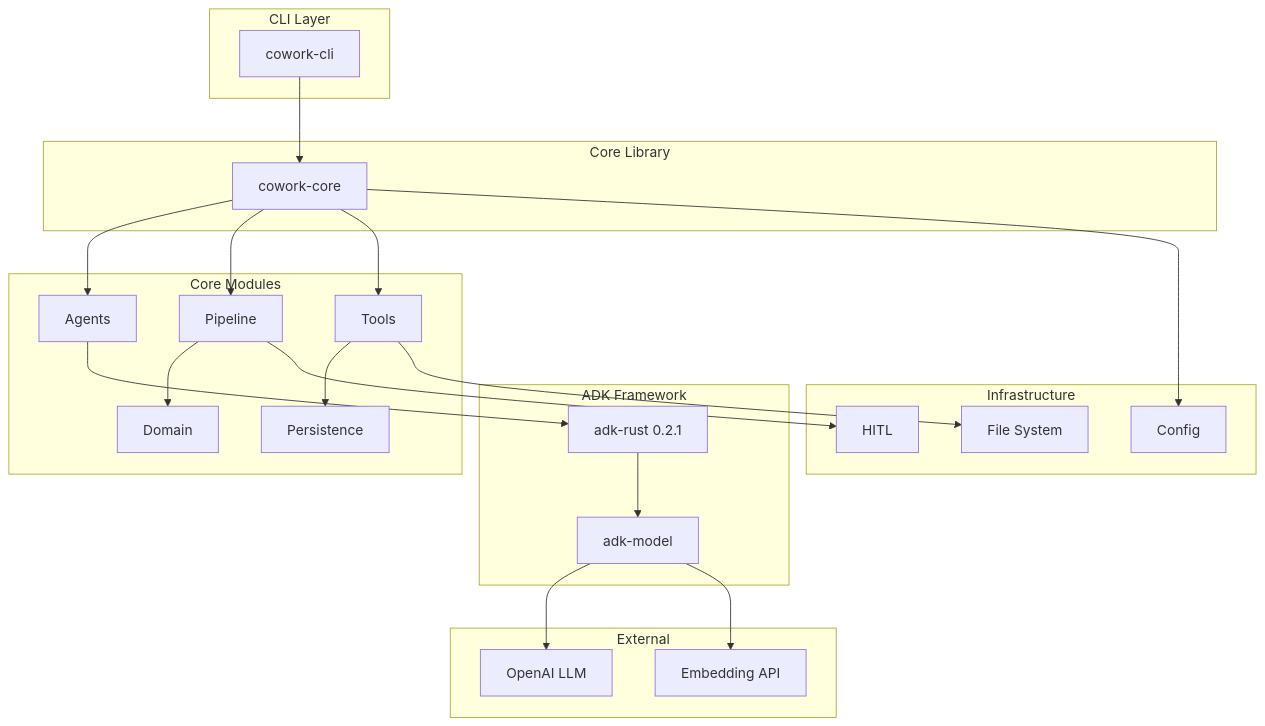
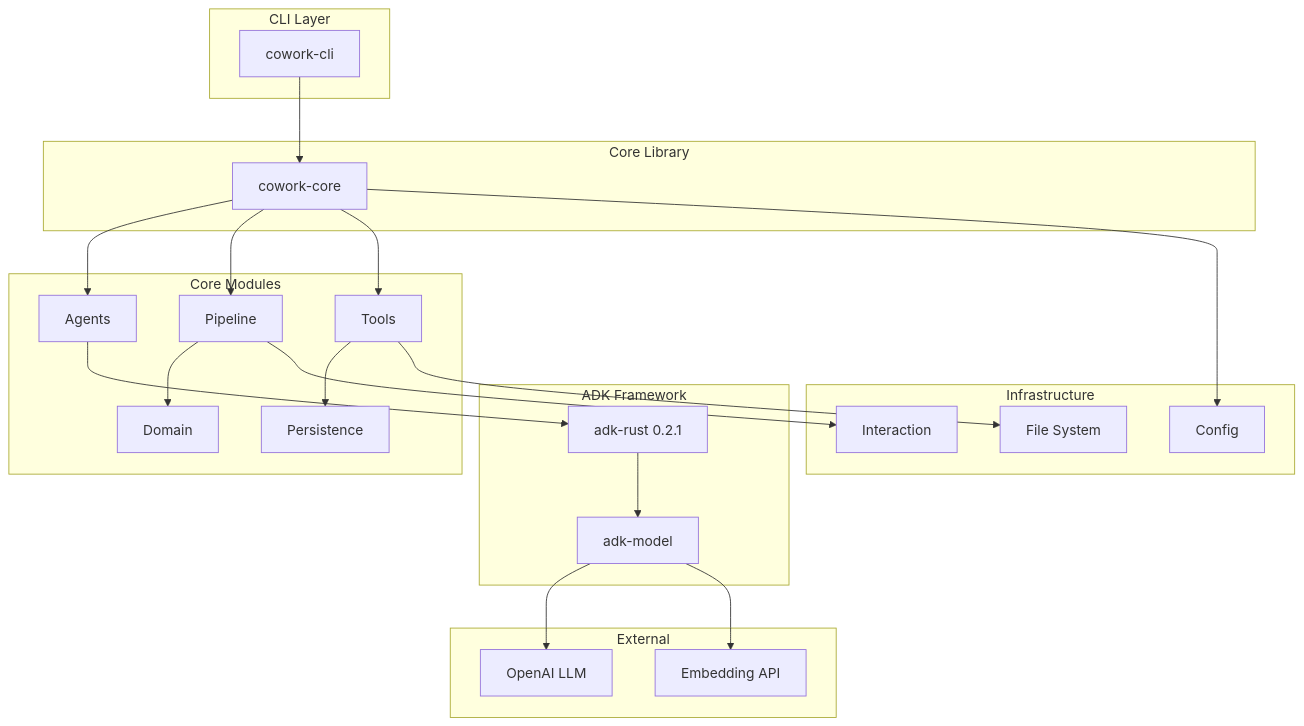
One commit to sopaco/cowork-forge changed the first of 3 diagrams in README.md. Above: the diagram before and after it, drawn with Mermaid. The commit also changed other lines of this file and 5 other files, not shown here.

````diff
--- a/README.md
+++ b/README.md
@@ -161,51 +161,51 @@
 ```mermaid
 graph TB
     subgraph "CLI Layer"
         CLI[cowork-cli]
     end
     
     subgraph "Core Library"
         CORE[cowork-core]
     end
     
     subgraph "Core Modules"
         AGENTS[Agents]
         PIPELINE[Pipeline]
         TOOLS[Tools]
         PERSISTENCE[Persistence]
         DOMAIN[Domain]
     end
     
     subgraph "ADK Framework"
         ADK[adk-rust 0.2.1]
         LLM[adk-model]
     end
     
     subgraph "Infrastructure"
         FS[File System]
         CONFIG[Config]
-        HITL[HITL]
+        INTERACTION[Interaction]
     end
     
     subgraph "External"
         OPENAI[OpenAI LLM]
         EMBEDDING[Embedding API]
     end
     
     CLI --> CORE
     CORE --> AGENTS
     CORE --> PIPELINE
     CORE --> TOOLS
     
     AGENTS --> ADK
     PIPELINE --> DOMAIN
     TOOLS --> PERSISTENCE
     
     ADK --> LLM
     LLM --> OPENAI
     LLM --> EMBEDDING
     
-    PIPELINE --> HITL
+    PIPELINE --> INTERACTION
     TOOLS --> FS
     CORE --> CONFIG
 ```
````
